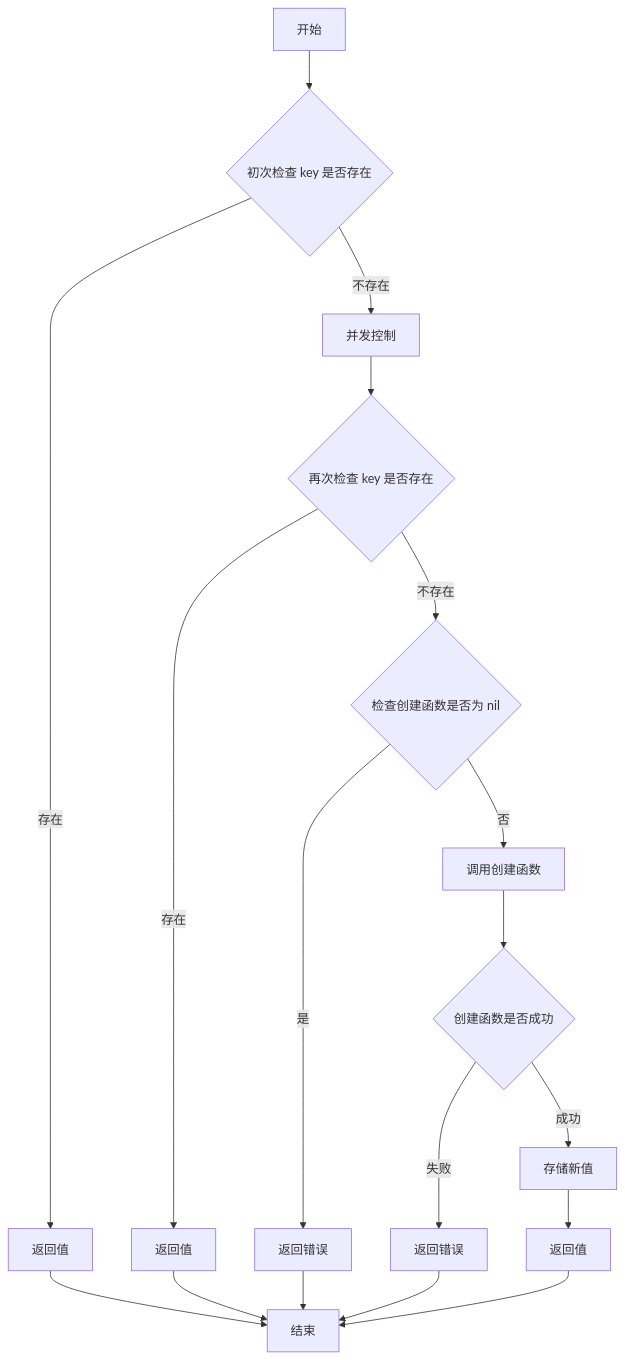
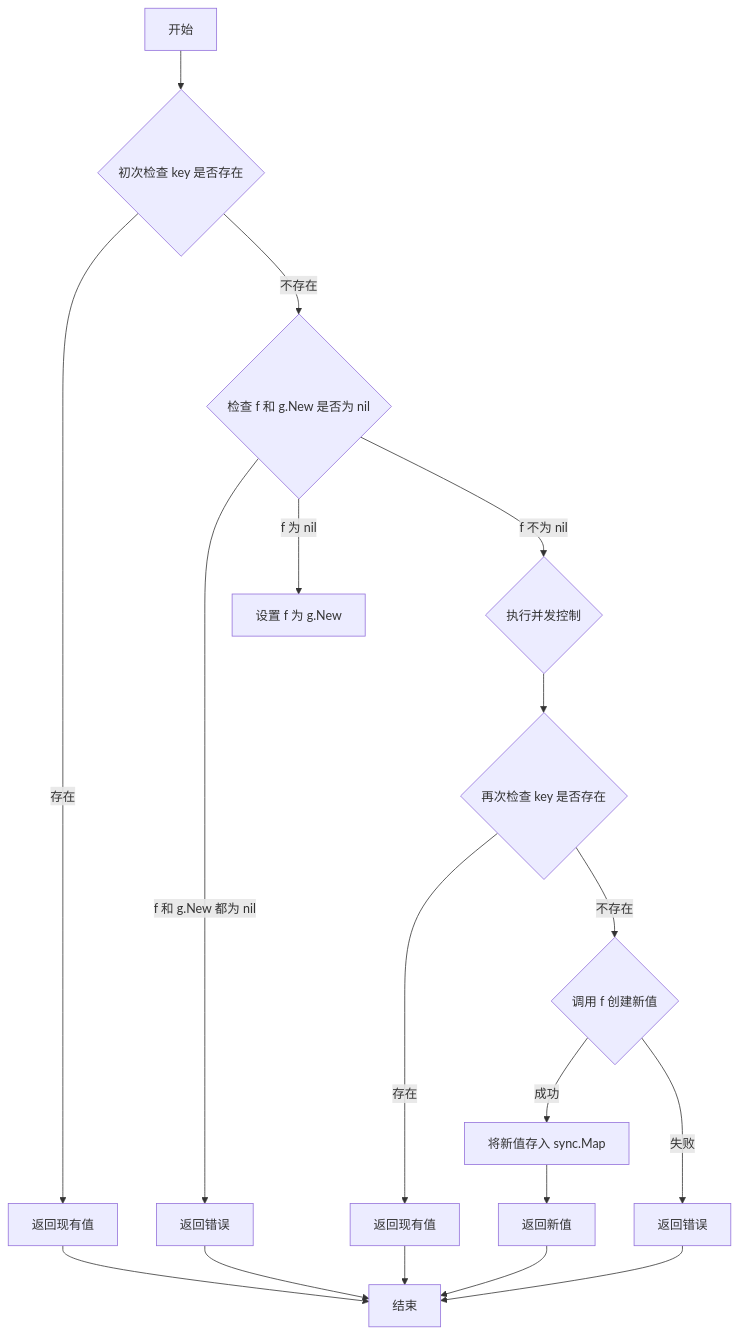
One commit to go-leo/gox changed the diagram in syncx/lazyloadx/group.mermaid. Above: the diagram before and after it, drawn with Mermaid. The commit also changed 4 other files, not shown here.

```diff
--- a/syncx/lazyloadx/group.mermaid
+++ b/syncx/lazyloadx/group.mermaid
@@ -1,18 +1,18 @@
 flowchart TD
-    A[开始] --> B{初次检查 key 是否存在}
-    B -->|存在| C[返回值]
-    B -->|不存在| D[并发控制]
-    D --> E{再次检查 key 是否存在}
-    E -->|存在| F[返回值]
-    E -->|不存在| G{检查创建函数是否为 nil}
-    G -->|是| H[返回错误]
-    G -->|否| I[调用创建函数]
-    I --> J{创建函数是否成功}
-    J -->|失败| K[返回错误]
-    J -->|成功| L[存储新值]
-    L --> M[返回值]
-    C --> N[结束]
-    F --> N
-    H --> N
-    K --> N
-    M --> N
+    Start[开始] --> CheckMap1{初次检查 key 是否存在}
+    CheckMap1 -->|存在| ReturnExisting[返回现有值]
+    CheckMap1 -->|不存在| CheckFunctions{检查 f 和 g.New 是否为 nil}
+    CheckFunctions -->|f 和 g.New 都为 nil| ReturnError[返回错误]
+    CheckFunctions -->|f 为 nil| SetFToNew[设置 f 为 g.New]
+    CheckFunctions -->|f 不为 nil| DoConcurrentControl{执行并发控制}
+    DoConcurrentControl --> CheckMap2{再次检查 key 是否存在}
+    CheckMap2 -->|存在| ReturnExisting2[返回现有值]
+    CheckMap2 -->|不存在| CreateNewValue{调用 f 创建新值}
+    CreateNewValue -->|成功| StoreNewValue[将新值存入 sync.Map]
+    CreateNewValue -->|失败| ReturnError2[返回错误]
+    StoreNewValue --> ReturnNewValue[返回新值]
+    ReturnExisting --> End[结束]
+    ReturnExisting2 --> End
+    ReturnNewValue --> End
+    ReturnError --> End
+    ReturnError2 --> End
```
